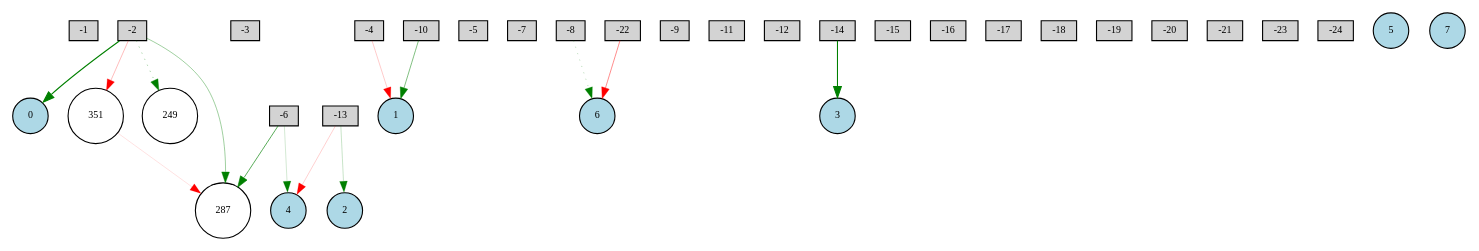
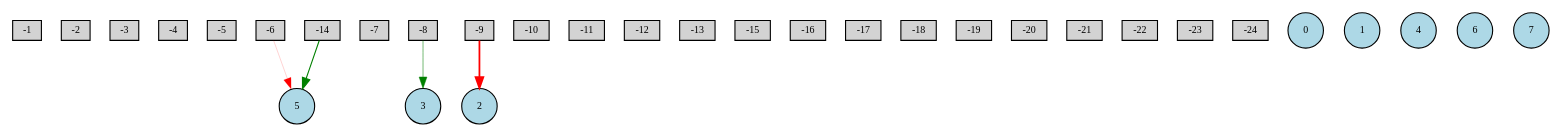
One commit to BhargavaGowda/NEAT-GymPython changed the diagram in Digraph.gv. Above: the diagram before and after it, drawn with Graphviz. The commit also changed 36 other files, not shown here.

```diff
--- a/Digraph.gv
+++ b/Digraph.gv
@@ -1,52 +1,39 @@
 digraph {
 	node [fontsize=9 height=0.2 shape=circle width=0.2]
 	-1 [fillcolor=lightgray shape=box style=filled]
 	-2 [fillcolor=lightgray shape=box style=filled]
 	-3 [fillcolor=lightgray shape=box style=filled]
 	-4 [fillcolor=lightgray shape=box style=filled]
 	-5 [fillcolor=lightgray shape=box style=filled]
 	-6 [fillcolor=lightgray shape=box style=filled]
 	-7 [fillcolor=lightgray shape=box style=filled]
 	-8 [fillcolor=lightgray shape=box style=filled]
 	-9 [fillcolor=lightgray shape=box style=filled]
 	-10 [fillcolor=lightgray shape=box style=filled]
 	-11 [fillcolor=lightgray shape=box style=filled]
 	-12 [fillcolor=lightgray shape=box style=filled]
 	-13 [fillcolor=lightgray shape=box style=filled]
 	-14 [fillcolor=lightgray shape=box style=filled]
 	-15 [fillcolor=lightgray shape=box style=filled]
 	-16 [fillcolor=lightgray shape=box style=filled]
 	-17 [fillcolor=lightgray shape=box style=filled]
 	-18 [fillcolor=lightgray shape=box style=filled]
 	-19 [fillcolor=lightgray shape=box style=filled]
 	-20 [fillcolor=lightgray shape=box style=filled]
 	-21 [fillcolor=lightgray shape=box style=filled]
 	-22 [fillcolor=lightgray shape=box style=filled]
 	-23 [fillcolor=lightgray shape=box style=filled]
 	-24 [fillcolor=lightgray shape=box style=filled]
 	0 [fillcolor=lightblue style=filled]
 	1 [fillcolor=lightblue style=filled]
 	2 [fillcolor=lightblue style=filled]
 	3 [fillcolor=lightblue style=filled]
 	4 [fillcolor=lightblue style=filled]
 	5 [fillcolor=lightblue style=filled]
 	6 [fillcolor=lightblue style=filled]
 	7 [fillcolor=lightblue style=filled]
-	351 [fillcolor=white style=filled]
-	249 [fillcolor=white style=filled]
-	287 [fillcolor=white style=filled]
-	-2 -> 0 [color=green penwidth=0.9516926694653627 style=solid]
-	-14 -> 3 [color=green penwidth=0.9613220096998013 style=solid]
-	-22 -> 6 [color=red penwidth=0.4067437944217408 style=solid]
-	-10 -> 1 [color=green penwidth=0.44519470123876226 style=solid]
-	-13 -> 2 [color=green penwidth=0.19886187660403545 style=solid]
-	-2 -> 249 [color=green penwidth=0.35598644681772174 style=dotted]
-	-13 -> 4 [color=red penwidth=0.17070835274365745 style=solid]
-	-2 -> 287 [color=green penwidth=0.3366645621113642 style=solid]
-	-6 -> 287 [color=green penwidth=0.5939614024318647 style=solid]
-	-2 -> 351 [color=red penwidth=0.24386912378749115 style=solid]
-	351 -> 287 [color=red penwidth=0.10781019835516839 style=solid]
-	-8 -> 6 [color=green penwidth=0.24411811057989488 style=dotted]
-	-4 -> 1 [color=red penwidth=0.19262217656572342 style=solid]
-	-6 -> 4 [color=green penwidth=0.1561406079051093 style=solid]
+	-6 -> 5 [color=red penwidth=0.159423322113357 style=solid]
+	-8 -> 3 [color=green penwidth=0.503954138781509 style=solid]
+	-14 -> 5 [color=green penwidth=0.9916696430879494 style=solid]
+	-9 -> 2 [color=red penwidth=1.598210838481157 style=solid]
 }
```
